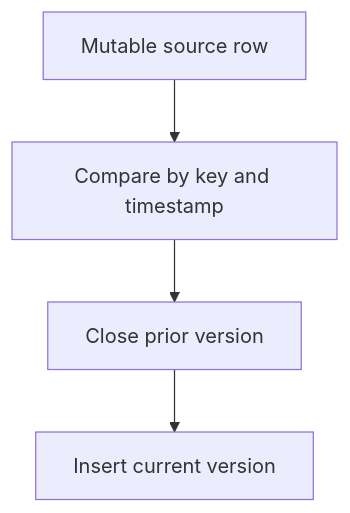
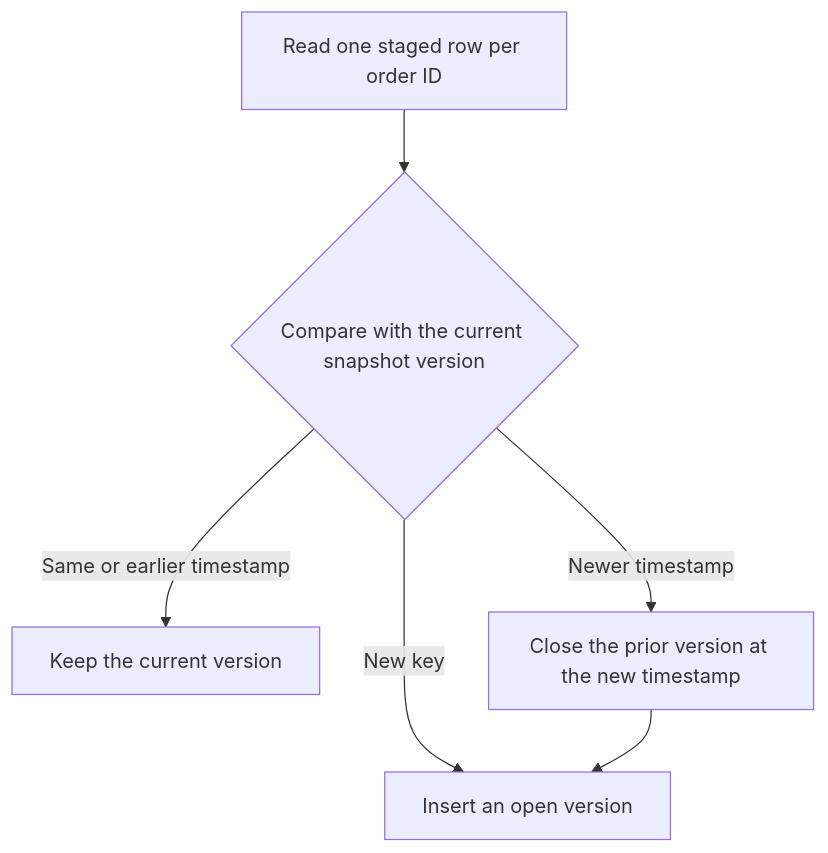
Before and after one commit to Rohit1024/dbt-learn: the diagram in docs/lessons/0011-snapshots-and-slowly-changing-dimensions.md, drawn with Mermaid. The commit also changed other lines of this file and 4 other files, not shown here.

````diff
--- a/docs/lessons/0011-snapshots-and-slowly-changing-dimensions.md
+++ b/docs/lessons/0011-snapshots-and-slowly-changing-dimensions.md
@@ -7,8 +10,8 @@
 ```mermaid
 flowchart TD
-    A["Mutable source row"]
-    B["Compare by key and timestamp"]
-    C["Close prior version"]
-    D["Insert current version"]
-    A --> B --> C --> D
+    A["Read one staged row per order ID"] --> B{"Compare with the current snapshot version"}
+    B -->|New key| C["Insert an open version"]
+    B -->|Same or earlier timestamp| D["Keep the current version"]
+    B -->|Newer timestamp| E["Close the prior version at the new timestamp"]
+    E --> C
 ```
````
